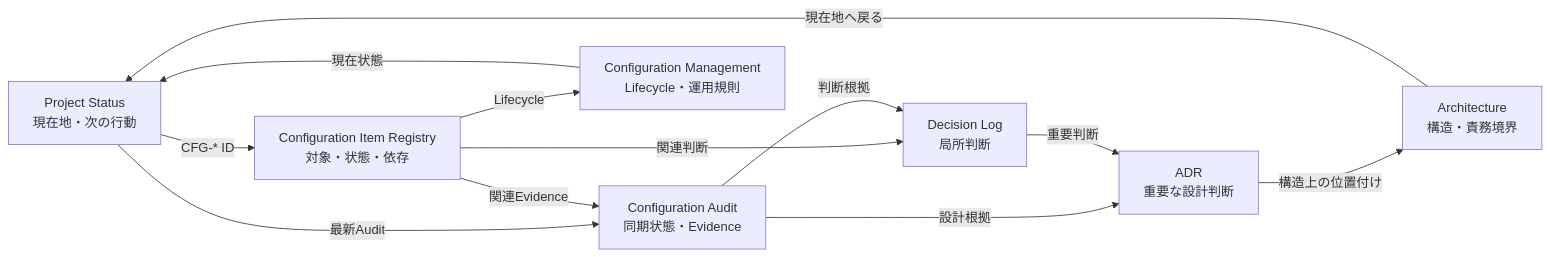
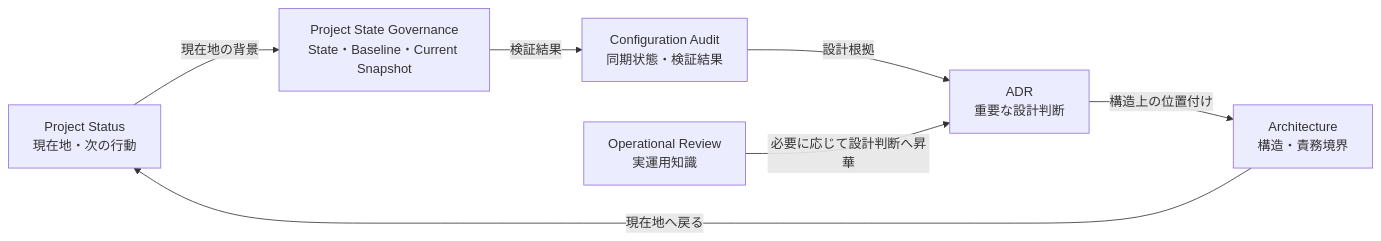
The diagram in docs/public/README-public.md (fctaityo/fctaityo.github.io), drawn with Mermaid before and after one commit. The commit also changed other lines of this file, not shown here.

````diff
--- a/docs/public/README-public.md
+++ b/docs/public/README-public.md
@@ -29,22 +33,16 @@
 ```mermaid
 flowchart LR
     Status["Project Status<br/>現在地・次の行動"]
-    Registry["Configuration Item Registry<br/>対象・状態・依存"]
-    Audit["Configuration Audit<br/>同期状態・Evidence"]
-    Decision["Decision Log<br/>局所判断"]
+    ProjectState["Project State Governance<br/>State・Baseline・Current Snapshot"]
+    Audit["Configuration Audit<br/>同期状態・検証結果"]
     ADR["ADR<br/>重要な設計判断"]
     Architecture["Architecture<br/>構造・責務境界"]
-    Governance["Configuration Management<br/>Lifecycle・運用規則"]
+    Review["Operational Review<br/>実運用知識"]
 
-    Status -->|"CFG-* ID"| Registry
-    Status -->|"最新Audit"| Audit
-    Registry -->|"関連Evidence"| Audit
-    Registry -->|"関連判断"| Decision
-    Audit -->|"判断根拠"| Decision
+    Status -->|"現在地の背景"| ProjectState
+    ProjectState -->|"検証結果"| Audit
     Audit -->|"設計根拠"| ADR
-    Decision -->|"重要判断"| ADR
     ADR -->|"構造上の位置付け"| Architecture
+    Review -->|"必要に応じて設計判断へ昇華"| ADR
     Architecture -->|"現在地へ戻る"| Status
-    Registry -->|"Lifecycle"| Governance
-    Governance -->|"現在状態"| Status
 ```
````
